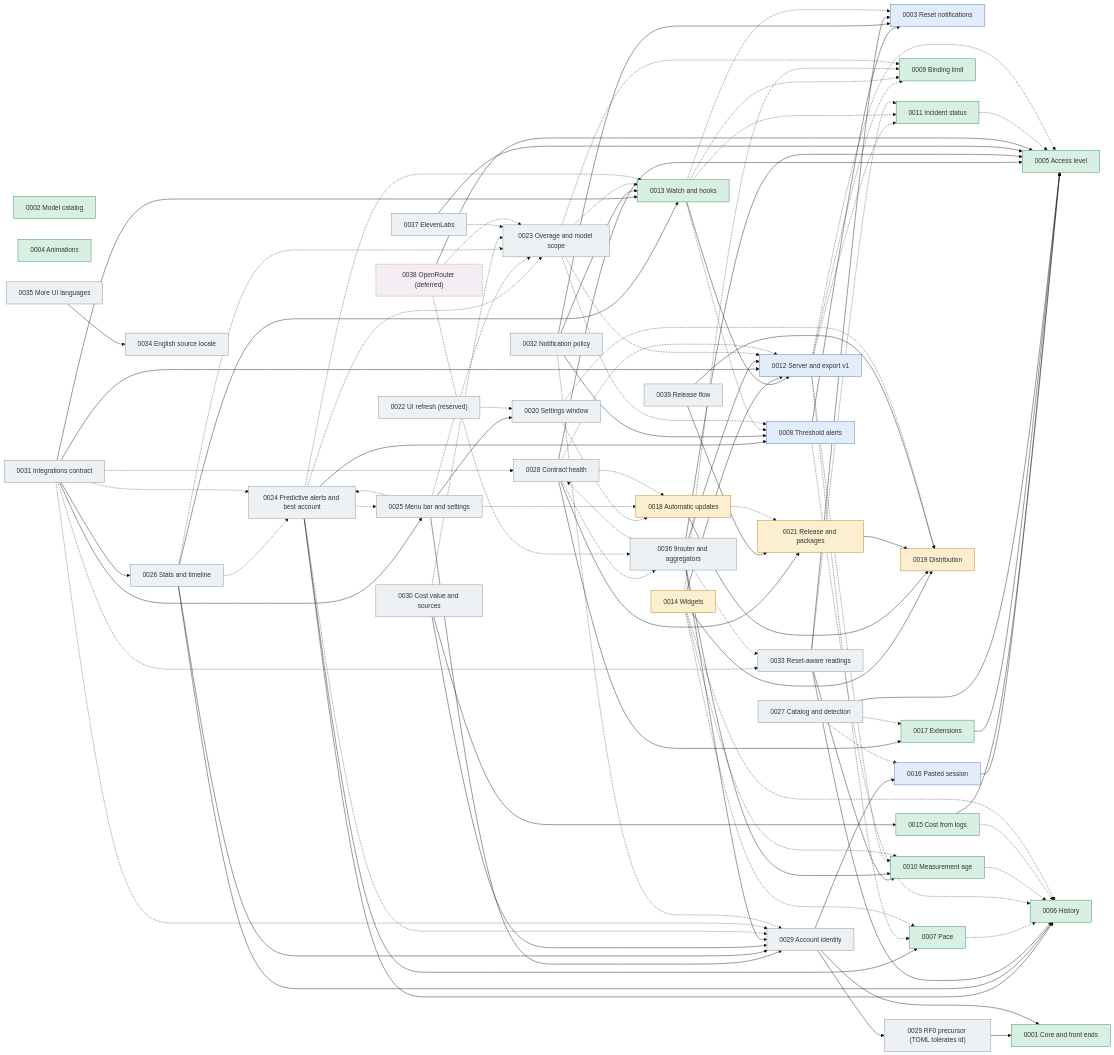
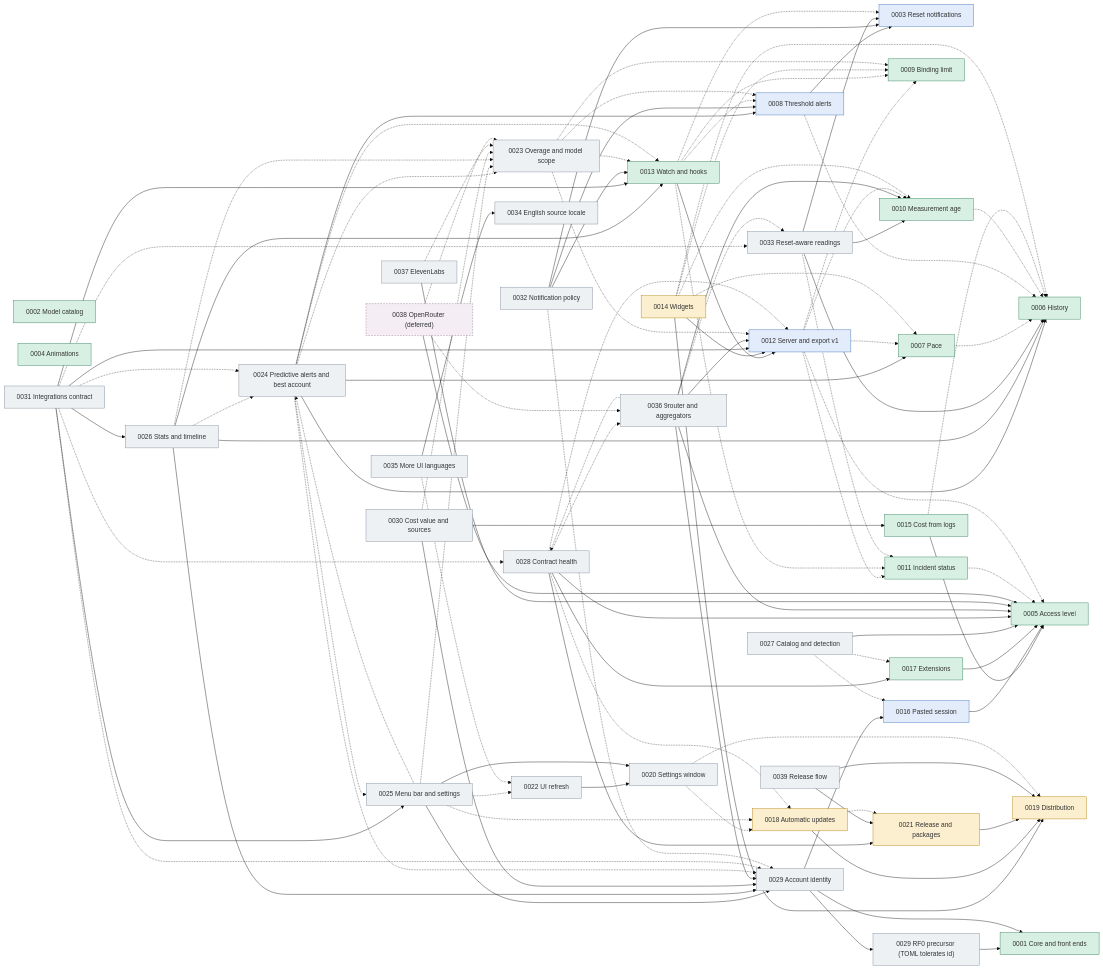
Before and after one commit to jmarcon/cuotai: the diagram in docs/plans/0000_control.md, drawn with Mermaid (base theme). The commit also changed other lines of this file and 166 other files, not shown here.

```diff
--- a/docs/plans/0000_control.md
+++ b/docs/plans/0000_control.md
@@ -196,7 +196,7 @@
   P19["0019 Distribution"]:::wip
   P20["0020 Settings window"]:::todo
   P21["0021 Release and packages"]:::wip
-  P22["0022 UI refresh (reserved)"]:::todo
+  P22["0022 UI refresh"]:::todo
   P23["0023 Overage and model scope"]:::todo
   P24["0024 Predictive alerts and best account"]:::todo
   P25["0025 Menu bar and settings"]:::todo
@@ -228,6 +228,7 @@
   P24 --> P6
   P24 --> P7
   P24 --> P8
+  P22 --> P20
   P25 --> P20
   P25 --> P29
   P26 --> P6
@@ -284,7 +285,6 @@
   P18 -.-> P21
   P20 -.-> P18
   P20 -.-> P19
-  P22 -.-> P20
   P23 -.-> P8
   P23 -.-> P9
   P23 -.-> P12
@@ -293,6 +293,7 @@
   P24 -.-> P23
   P24 -.-> P25
   P24 -.-> P29
+  P25 -.-> P22
   P25 -.-> P23
   P25 -.-> P24
   P25 -.-> P18
@@ -310,6 +311,7 @@
   P31 -.-> P33
   P32 -.-> P29
   P33 -.-> P11
+  P35 -.-> P22
   P36 -.-> P28
   P36 -.-> P33
   P37 -.-> P23
```
